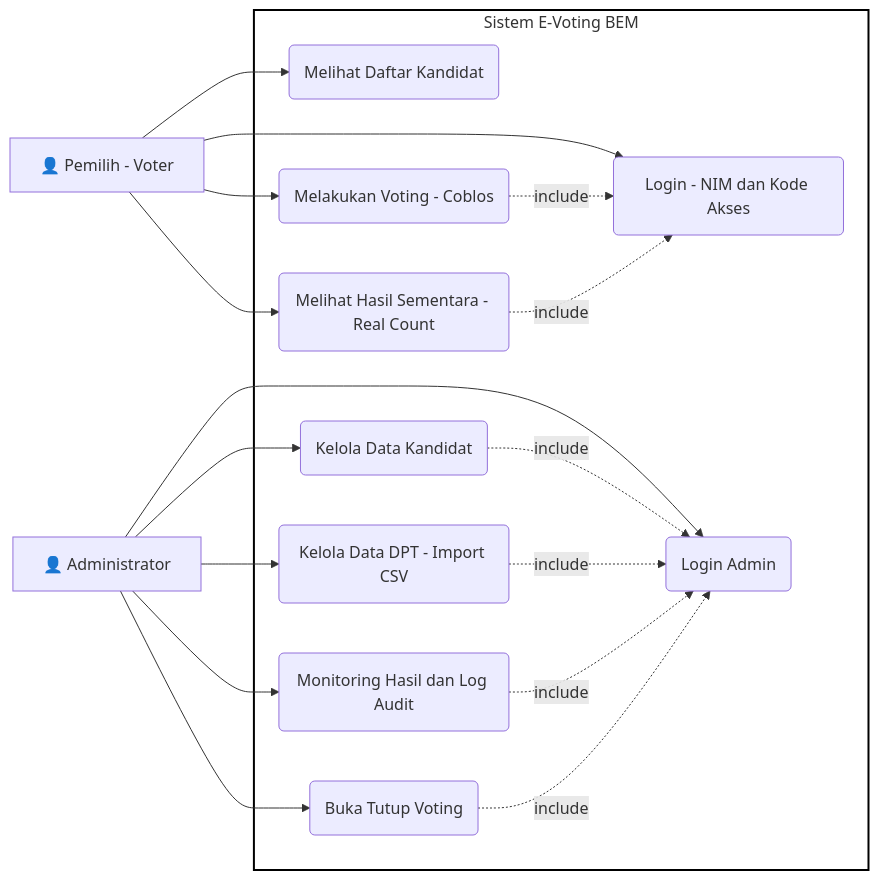
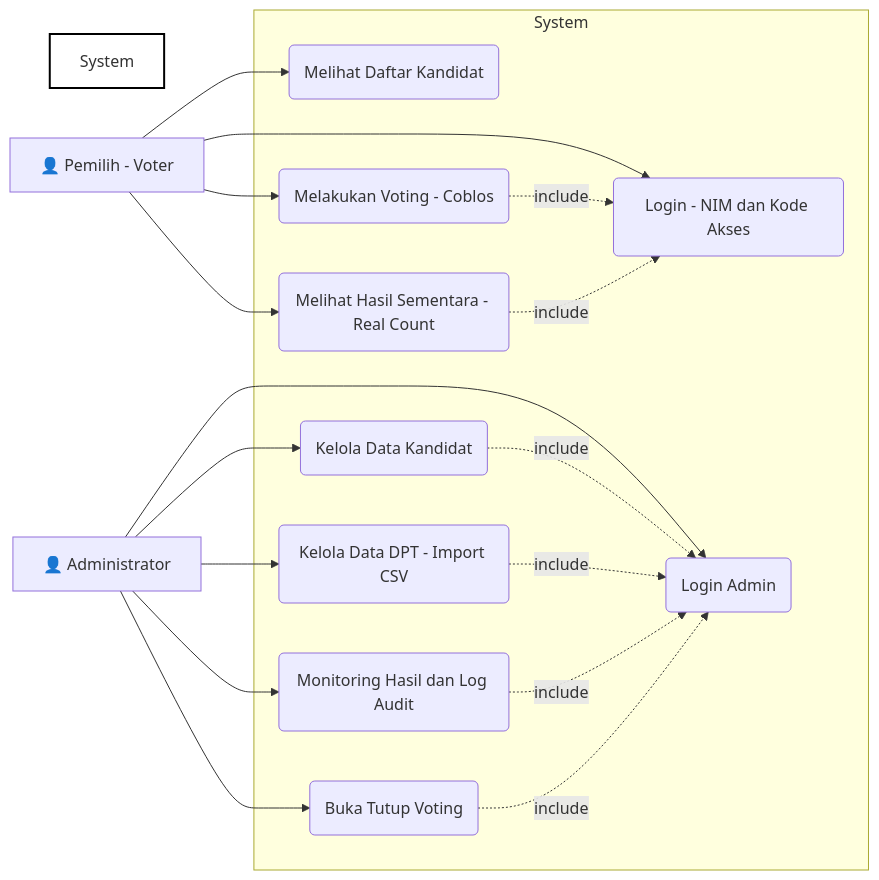
One commit to E1eng/pemira-unbara changed the first of 5 diagrams in UML_DIAGRAMS.md. Above: the diagram before and after it, drawn with Mermaid.

````diff
--- a/UML_DIAGRAMS.md
+++ b/UML_DIAGRAMS.md
@@ -10,37 +10,37 @@
 ```mermaid
 graph LR
-    subgraph System [Sistem E-Voting BEM]
+    subgraph System 
         UC1(Login - NIM dan Kode Akses)
         UC2(Melihat Daftar Kandidat)
         UC3(Melakukan Voting - Coblos)
         UC4(Melihat Hasil Sementara - Real Count)
         UC5(Login Admin)
         UC6(Kelola Data Kandidat)
         UC7(Kelola Data DPT - Import CSV)
         UC8(Monitoring Hasil dan Log Audit)
         UC9(Buka Tutup Voting)
     end
     style System fill:none,stroke:black,stroke-width:2px
 
     Voter[👤 Pemilih - Voter]
     Admin[👤 Administrator]
 
     Voter --> UC1
     Voter --> UC2
     Voter --> UC3
     Voter --> UC4
     
     Admin --> UC5
     Admin --> UC6
     Admin --> UC7
     Admin --> UC8
     Admin --> UC9
     
     %% Includes (Dependencies)
     UC3 -.->|include| UC1
     UC4 -.->|include| UC1
     UC6 -.->|include| UC5
     UC7 -.->|include| UC5
     UC8 -.->|include| UC5
     UC9 -.->|include| UC5
 ```
````
